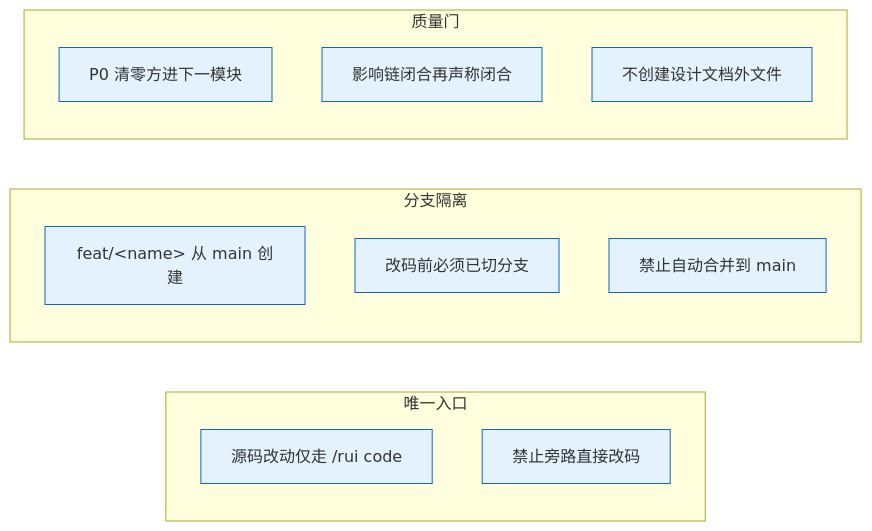
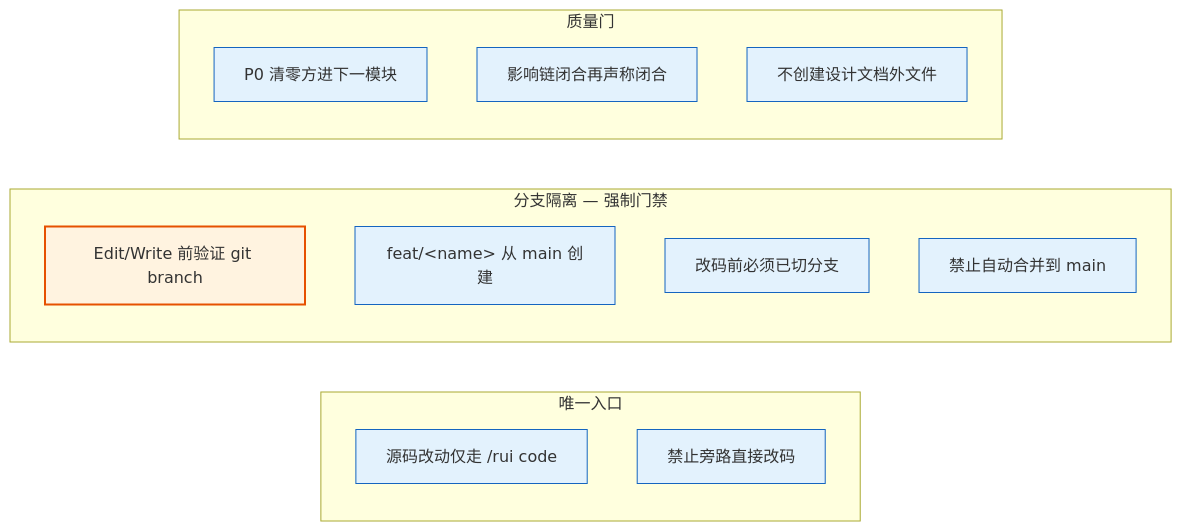
One commit to effiy/YrY changed the second of 4 diagrams in agents/coder.md. Above: the diagram before and after it, drawn with Mermaid. The commit also changed other lines of this file and 9 other files, not shown here.

````diff
--- a/agents/coder.md
+++ b/agents/coder.md
@@ -38,19 +41,21 @@
 ```mermaid
 flowchart LR
     subgraph 入口["唯一入口"]
         R1["源码改动仅走 /rui code"]:::rule
         R2["禁止旁路直接改码"]:::rule
     end
-    subgraph 分支["分支隔离"]
+    subgraph 分支["分支隔离 — 强制门禁"]
+        R0["Edit/Write 前验证 git branch"]:::gate
         R3["feat/&lt;name&gt; 从 main 创建"]:::rule
         R4["改码前必须已切分支"]:::rule
         R5["禁止自动合并到 main"]:::rule
     end
     subgraph 质量["质量门"]
         R6["P0 清零方进下一模块"]:::rule
         R7["影响链闭合再声称闭合"]:::rule
         R8["不创建设计文档外文件"]:::rule
     end
 
     classDef rule fill:#e3f2fd,stroke:#1565c0;
+    classDef gate fill:#fff3e0,stroke:#e65100,stroke-width:2px;
 ```
````
